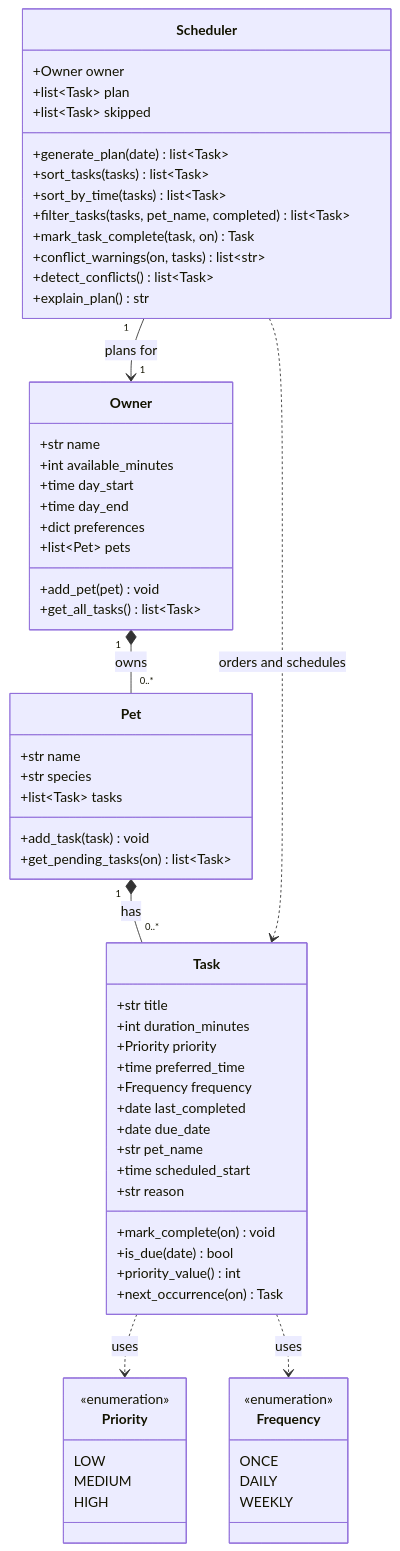
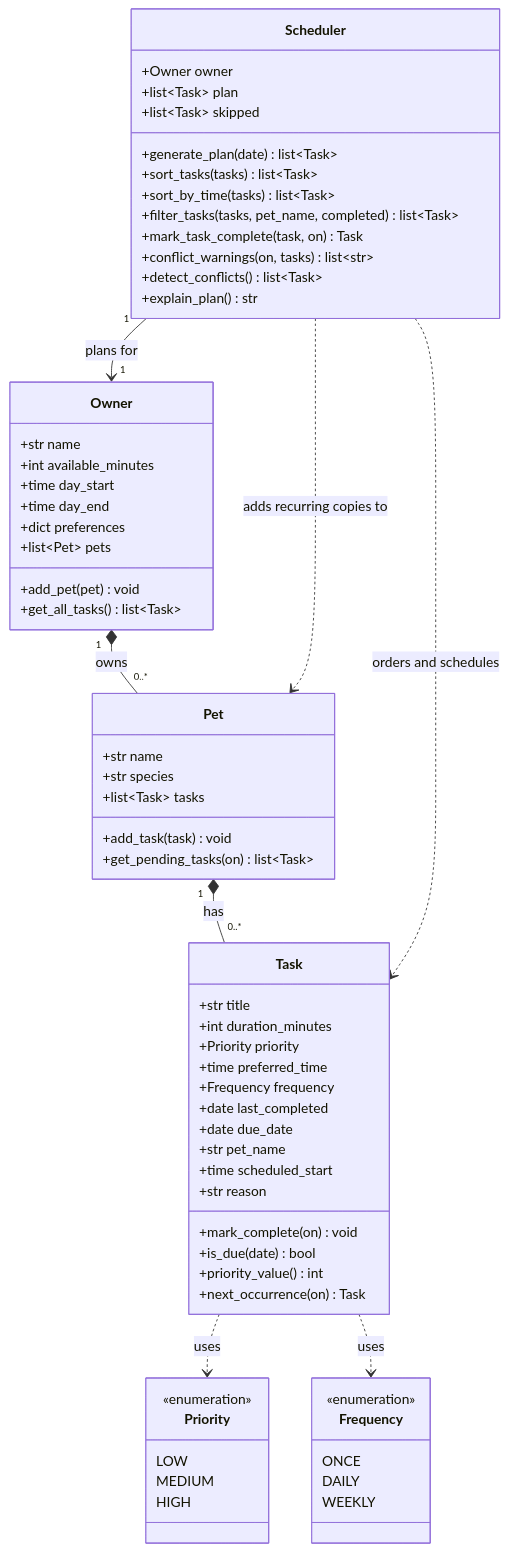
Before and after one commit to JeArthur-wd/pawpal-starter: the diagram in diagrams/uml.mmd, drawn with Mermaid. The commit also changed 4 other files, not shown here.

```diff
--- a/diagrams/uml.mmd
+++ b/diagrams/uml.mmd
@@ -1,71 +1,72 @@
 classDiagram
     class Owner {
         +str name
         +int available_minutes
         +time day_start
         +time day_end
         +dict preferences
         +list~Pet~ pets
         +add_pet(pet) void
         +get_all_tasks() list~Task~
     }
 
     class Pet {
         +str name
         +str species
         +list~Task~ tasks
         +add_task(task) void
         +get_pending_tasks(on) list~Task~
     }
 
     class Task {
         +str title
         +int duration_minutes
         +Priority priority
         +time preferred_time
         +Frequency frequency
         +date last_completed
         +date due_date
         +str pet_name
         +time scheduled_start
         +str reason
         +mark_complete(on) void
         +is_due(date) bool
         +priority_value() int
         +next_occurrence(on) Task
     }
 
     class Scheduler {
         +Owner owner
         +list~Task~ plan
         +list~Task~ skipped
         +generate_plan(date) list~Task~
         +sort_tasks(tasks) list~Task~
         +sort_by_time(tasks) list~Task~
         +filter_tasks(tasks, pet_name, completed) list~Task~
         +mark_task_complete(task, on) Task
         +conflict_warnings(on, tasks) list~str~
         +detect_conflicts() list~Task~
         +explain_plan() str
     }
 
     class Priority {
         <<enumeration>>
         LOW
         MEDIUM
         HIGH
     }
 
     class Frequency {
         <<enumeration>>
         ONCE
         DAILY
         WEEKLY
     }
 
     Owner "1" *-- "0..*" Pet : owns
     Pet "1" *-- "0..*" Task : has
     Scheduler "1" --> "1" Owner : plans for
     Scheduler ..> Task : orders and schedules
+    Scheduler ..> Pet : adds recurring copies to
     Task ..> Priority : uses
     Task ..> Frequency : uses
```
